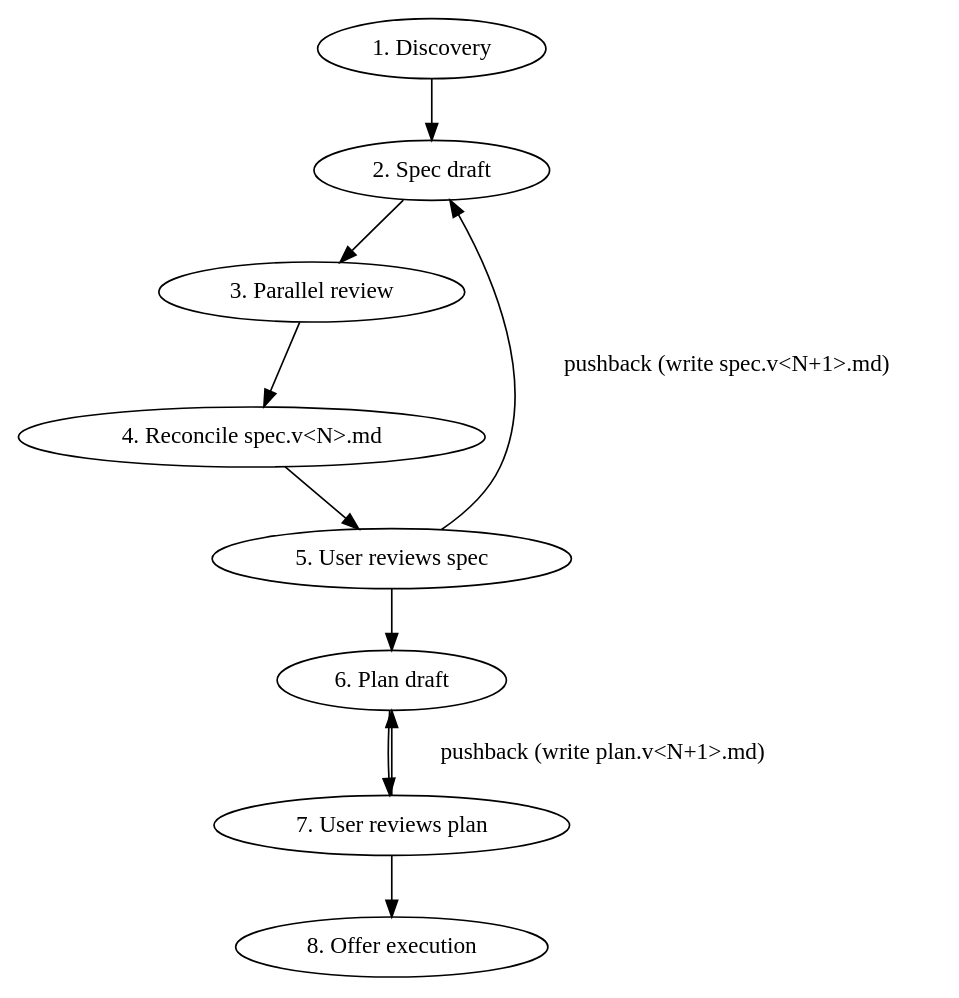
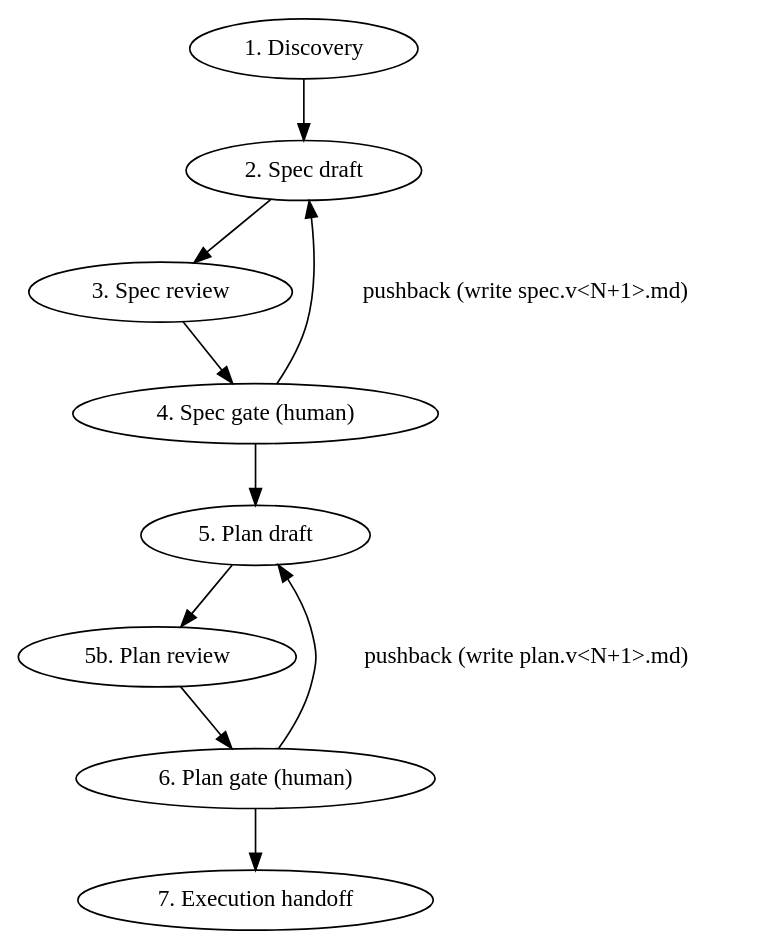
Before and after one commit to mjmarrazzo/ai-skills: the diagram in plugins/planning/skills/blueprint/SKILL.md, drawn with Graphviz. The commit also changed other lines of this file and 5 other files, not shown here.

First line of the commit message:
blueprint: split spec/plan by audience, add plan-gate review

````diff
--- a/plugins/planning/skills/blueprint/SKILL.md
+++ b/plugins/planning/skills/blueprint/SKILL.md
@@ -74,8 +74,8 @@
 ```dot
 digraph phases {
-    "1. Discovery" -> "2. Spec draft" -> "3. Parallel review" -> "4. Reconcile spec.v<N>.md";
-    "4. Reconcile spec.v<N>.md" -> "5. User reviews spec" -> "6. Plan draft" -> "7. User reviews plan" -> "8. Offer execution";
-    "5. User reviews spec" -> "2. Spec draft" [label="pushback (write spec.v<N+1>.md)"];
-    "7. User reviews plan" -> "6. Plan draft" [label="pushback (write plan.v<N+1>.md)"];
+    "1. Discovery" -> "2. Spec draft" -> "3. Spec review" -> "4. Spec gate (human)";
+    "4. Spec gate (human)" -> "5. Plan draft" -> "5b. Plan review" -> "6. Plan gate (human)" -> "7. Execution handoff";
+    "4. Spec gate (human)" -> "2. Spec draft" [label="pushback (write spec.v<N+1>.md)"];
+    "6. Plan gate (human)" -> "5. Plan draft" [label="pushback (write plan.v<N+1>.md)"];
 }
 ```
````
